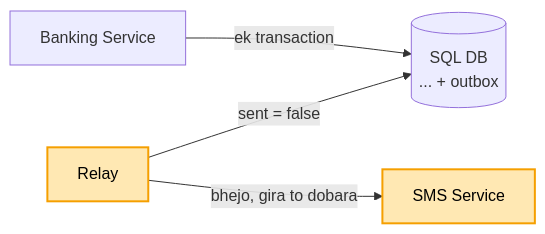
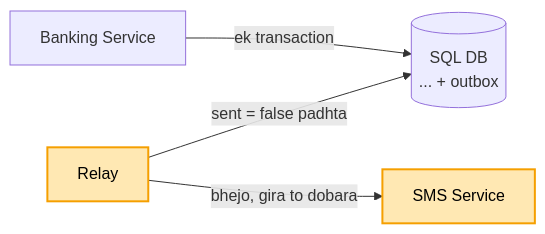
One commit to ArpanMaheshwari144/Prep changed the sixth of 10 diagrams in 04_HLD/SYSTEM_DESIGNS/13_banking_system/13_banking_system.md. Above: the diagram before and after it, drawn with Mermaid. The commit also changed 1 other file, not shown here.

Commit message:
kafka + banking outbox: Relay ka teer 'sent = false padhta'

````diff
--- a/04_HLD/SYSTEM_DESIGNS/13_banking_system/13_banking_system.md
+++ b/04_HLD/SYSTEM_DESIGNS/13_banking_system/13_banking_system.md
@@ -237,8 +237,8 @@
 ```mermaid
 flowchart LR
     S["Banking Service"] -- "ek transaction" --> D[("SQL DB<br/>... + outbox")]
-    RL["Relay"] -- "sent = false" --> D
+    RL["Relay"] -- "sent = false padhta" --> D
     RL -- "bhejo, gira to dobara" --> SMS["SMS Service"]
     style RL fill:#ffe8b3,stroke:#f59f00,stroke-width:2px,color:#000
     style SMS fill:#ffe8b3,stroke:#f59f00,stroke-width:2px,color:#000
 ```
````
